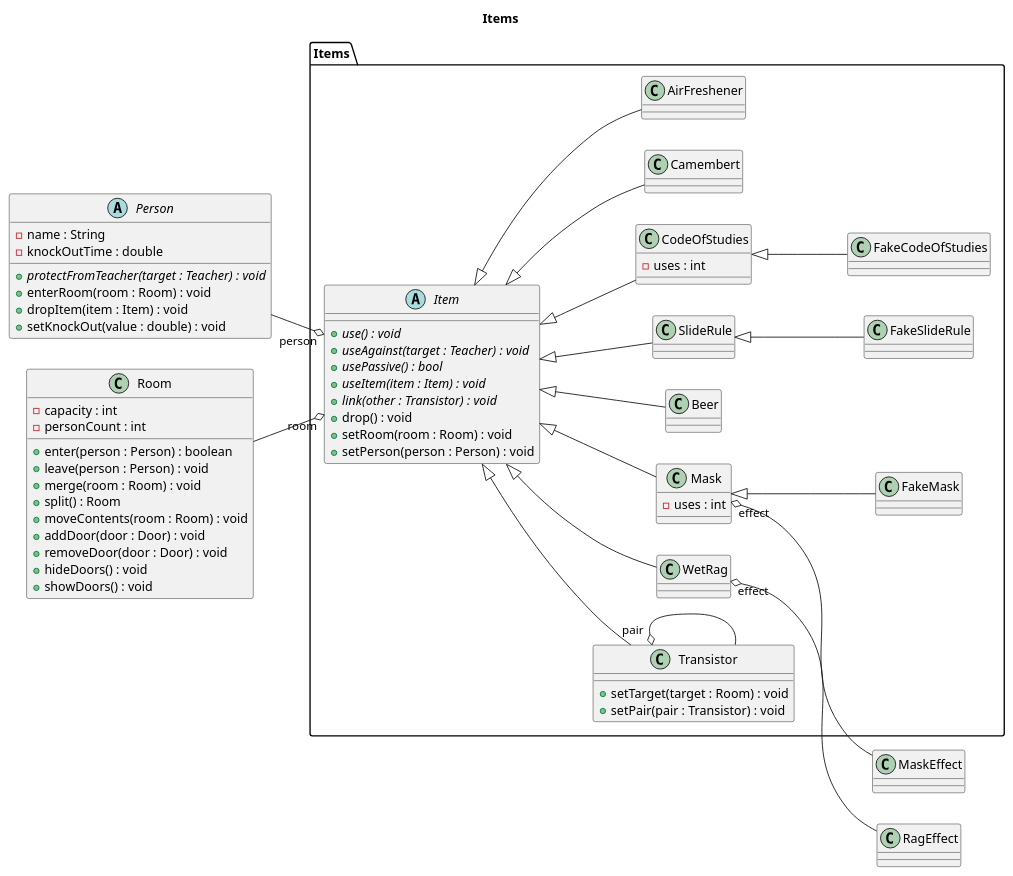
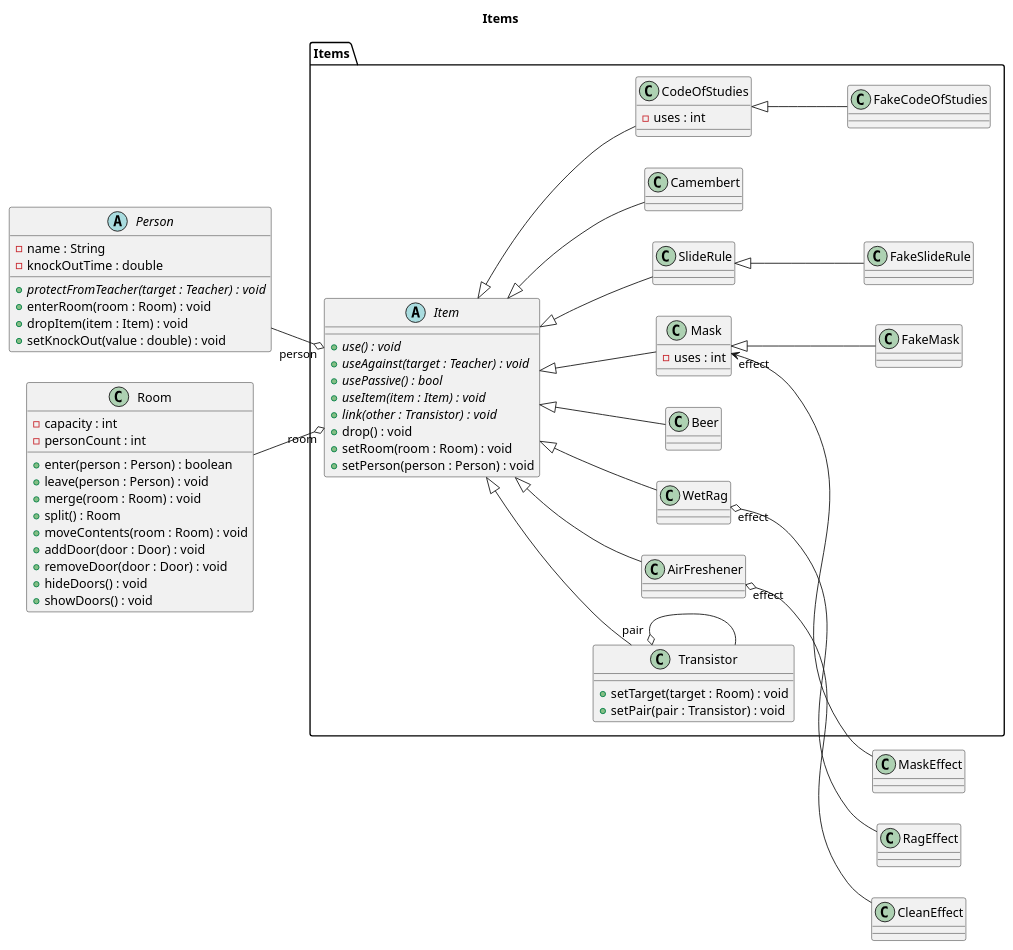
Before and after one commit to sn4k3ch4rm3r/logarlec: the diagram in docs/diagrams/class/items.puml, drawn with PlantUML. The commit also changed 2 other files, not shown here.

Commit message:
Effects, Items,  Overview diagram updates

```diff
--- a/docs/diagrams/class/items.puml
+++ b/docs/diagrams/class/items.puml
@@ -1,94 +1,95 @@
 @startuml items
 
 title Items
 left to right direction
 
 package Items {
 	abstract Item {
 		+ {abstract} use() : void
 		+ {abstract} useAgainst(target : Teacher) : void
 		+ {abstract} usePassive() : bool
 		+ {abstract} useItem(item : Item) : void
 		+ {abstract} link(other : Transistor) : void
 		+ drop() : void
 		+ setRoom(room : Room) : void
 		+ setPerson(person : Person) : void	
 	}
 	
 	class SlideRule
 
 	class FakeSlideRule
 	
 	class Transistor {
 		+ setTarget(target : Room) : void
 		+ setPair(pair : Transistor) : void
 	}
 	
 	class CodeOfStudies {
 		- uses : int
 	}
 
 	class FakeCodeOfStudies
 	
 	class Beer 
 	
 	class WetRag 
 	
 	class Mask {
 		- uses : int
 	}
 
 	class FakeMask
 
 	class Camembert
 
     class AirFreshener
 
 	together {
 		Item <|-- SlideRule
 		Item <|-- Transistor
 		Item <|-- CodeOfStudies
 		Item <|-- Beer
 		Item <|-- WetRag
 		Item <|-- Mask
 		Item <|-- Camembert
 		Item <|-- AirFreshener
 
         CodeOfStudies <|-- FakeCodeOfStudies
         Mask <|-- FakeMask
         SlideRule <|-- FakeSlideRule
 	}
 
 	Transistor "pair" o- Transistor
 }
 
 abstract Person {
 	- name : String
 	- knockOutTime : double
 	+ {abstract} protectFromTeacher(target : Teacher) : void
 	+ enterRoom(room : Room) : void
 	+ dropItem(item : Item) : void
 	+ setKnockOut(value : double) : void
 }
 
 class Room {
 	- capacity : int
 	- personCount : int
 	+ enter(person : Person) : boolean
 	+ leave(person : Person) : void
 	+ merge(room : Room) : void
 	+ split() : Room
 	+ moveContents(room : Room) : void
 	+ addDoor(door : Door) : void
 	+ removeDoor(door : Door) : void 
 	+ hideDoors() : void
 	+ showDoors() : void
 }
 
 Item "room" o-up- Room
 Item "person" o-up- Person
 
+AirFreshener "effect" o-- CleanEffect
 WetRag "effect" o-- RagEffect
-Mask "effect" o-- MaskEffect
+Mask "effect" <-- MaskEffect
 
 @enduml
```
